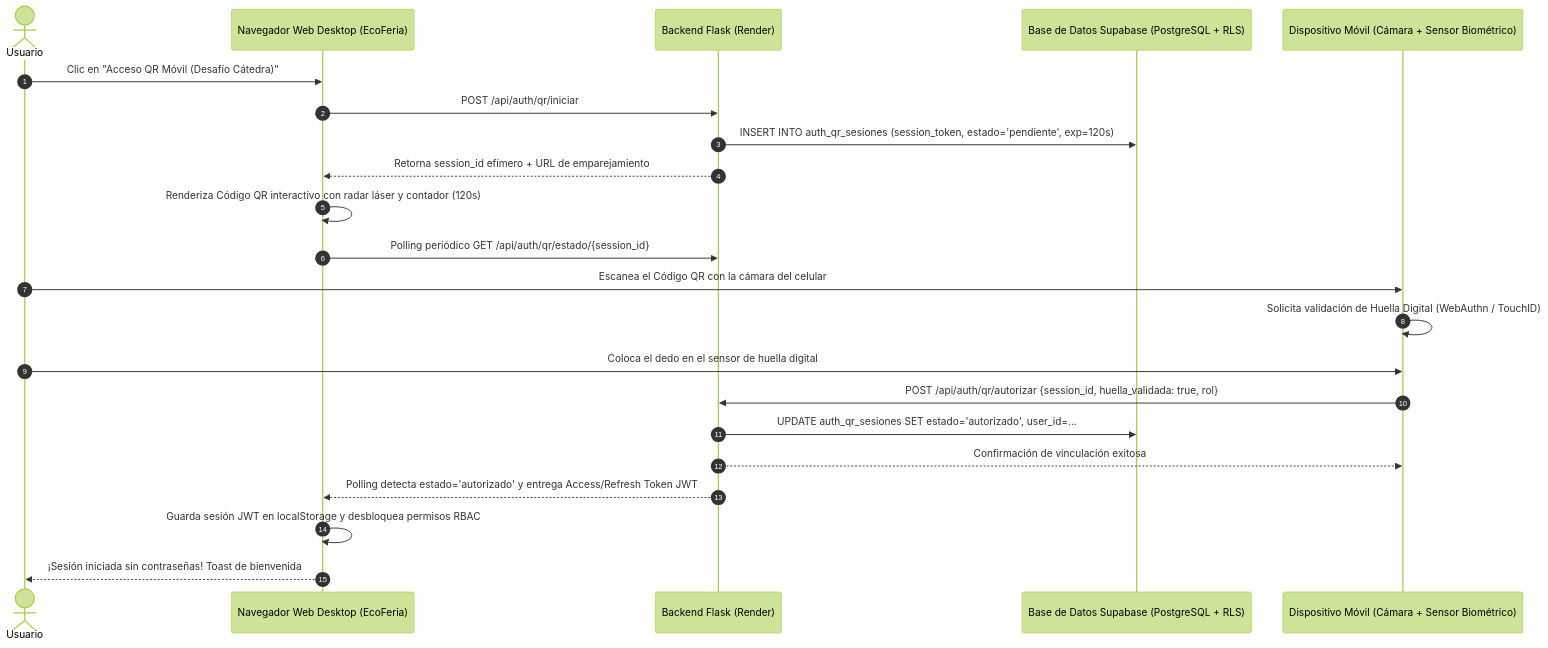
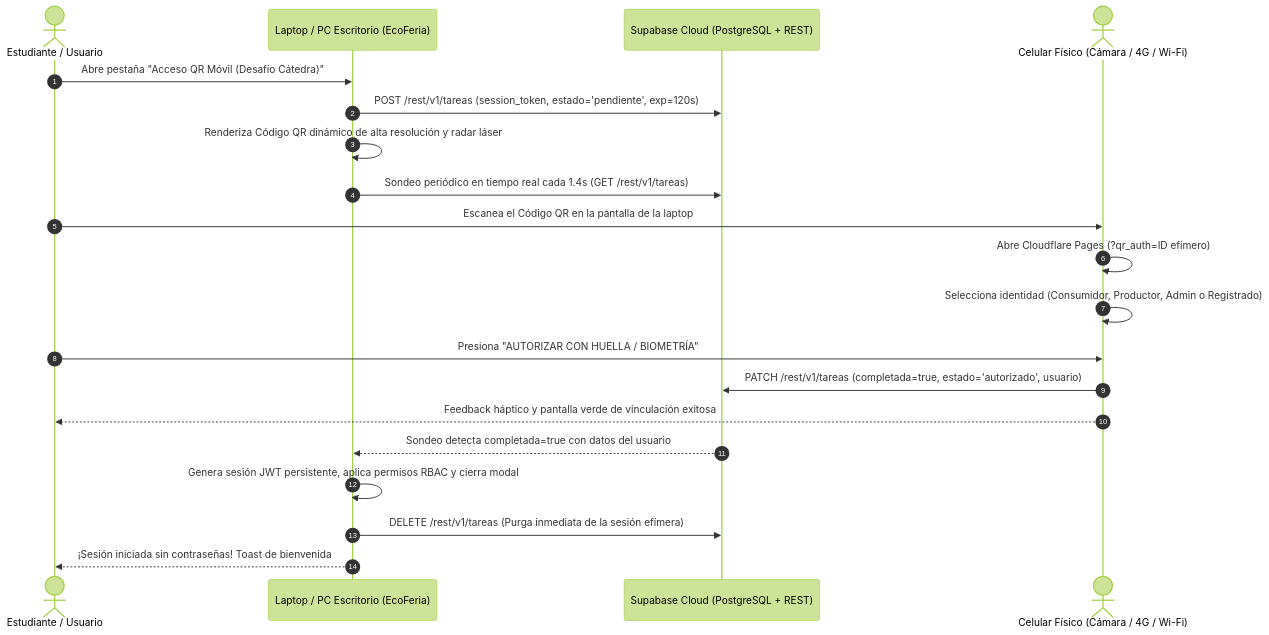
One commit to ProgramWeb2AgroEcologica/Actividad-04-Despliegue-Metricas-y-Gobernanza changed the fifth of 5 diagrams in INFORME_ACTIVIDAD_04.md. Above: the diagram before and after it, drawn with Mermaid (forest theme). The commit also changed other lines of this file and 1 other file, not shown here.

Commit message:
docs(informe): actualizar seccion 9 con sincronizacion Supabase multi-dispositivo y guia de evaluacion QR

````diff
--- a/INFORME_ACTIVIDAD_04.md
+++ b/INFORME_ACTIVIDAD_04.md
@@ -317,27 +318,25 @@
 ```mermaid
 sequenceDiagram
     autonumber
-    actor Usuario
-    participant Desktop as Navegador Web Desktop (EcoFeria)
-    participant Backend as Backend Flask (Render)
-    participant Supabase as Base de Datos Supabase (PostgreSQL + RLS)
-    participant Movil as Dispositivo Móvil (Cámara + Sensor Biométrico)
+    actor Usuario as Estudiante / Usuario
+    participant Desktop as Laptop / PC Escritorio (EcoFeria)
+    participant Supabase as Supabase Cloud (PostgreSQL + REST)
+    actor Celular as Celular Físico (Cámara / 4G / Wi-Fi)
 
-    Usuario->>Desktop: Clic en "Acceso QR Móvil (Desafío Cátedra)"
-    Desktop->>Backend: POST /api/auth/qr/iniciar
-    Backend->>Supabase: INSERT INTO auth_qr_sesiones (session_token, estado='pendiente', exp=120s)
-    Backend-->>Desktop: Retorna session_id efímero + URL de emparejamiento
-    Desktop->>Desktop: Renderiza Código QR interactivo con radar láser y contador (120s)
-    Desktop->>Backend: Polling periódico GET /api/auth/qr/estado/{session_id}
+    Usuario->>Desktop: Abre pestaña "Acceso QR Móvil (Desafío Cátedra)"
+    Desktop->>Supabase: POST /rest/v1/tareas (session_token, estado='pendiente', exp=120s)
+    Desktop->>Desktop: Renderiza Código QR dinámico de alta resolución y radar láser
+    Desktop->>Supabase: Sondeo periódico en tiempo real cada 1.4s (GET /rest/v1/tareas)
 
-    Usuario->>Movil: Escanea el Código QR con la cámara del celular
-    Movil->>Movil: Solicita validación de Huella Digital (WebAuthn / TouchID)
-    Usuario->>Movil: Coloca el dedo en el sensor de huella digital
-    Movil->>Backend: POST /api/auth/qr/autorizar {session_id, huella_validada: true, rol}
-    Backend->>Supabase: UPDATE auth_qr_sesiones SET estado='autorizado', user_id=...
-    Backend-->>Movil: Confirmación de vinculación exitosa
+    Usuario->>Celular: Escanea el Código QR en la pantalla de la laptop
+    Celular->>Celular: Abre Cloudflare Pages (?qr_auth=ID efímero)
+    Celular->>Celular: Selecciona identidad (Consumidor, Productor, Admin o Registrado)
+    Usuario->>Celular: Presiona "AUTORIZAR CON HUELLA / BIOMETRÍA"
+    Celular->>Supabase: PATCH /rest/v1/tareas (completada=true, estado='autorizado', usuario)
+    Celular-->>Usuario: Feedback háptico y pantalla verde de vinculación exitosa
 
-    Backend-->>Desktop: Polling detecta estado='autorizado' y entrega Access/Refresh Token JWT
-    Desktop->>Desktop: Guarda sesión JWT en localStorage y desbloquea permisos RBAC
+    Supabase-->>Desktop: Sondeo detecta completada=true con datos del usuario
+    Desktop->>Desktop: Genera sesión JWT persistente, aplica permisos RBAC y cierra modal
+    Desktop->>Supabase: DELETE /rest/v1/tareas (Purga inmediata de la sesión efímera)
     Desktop-->>Usuario: ¡Sesión iniciada sin contraseñas! Toast de bienvenida
 ```
````
